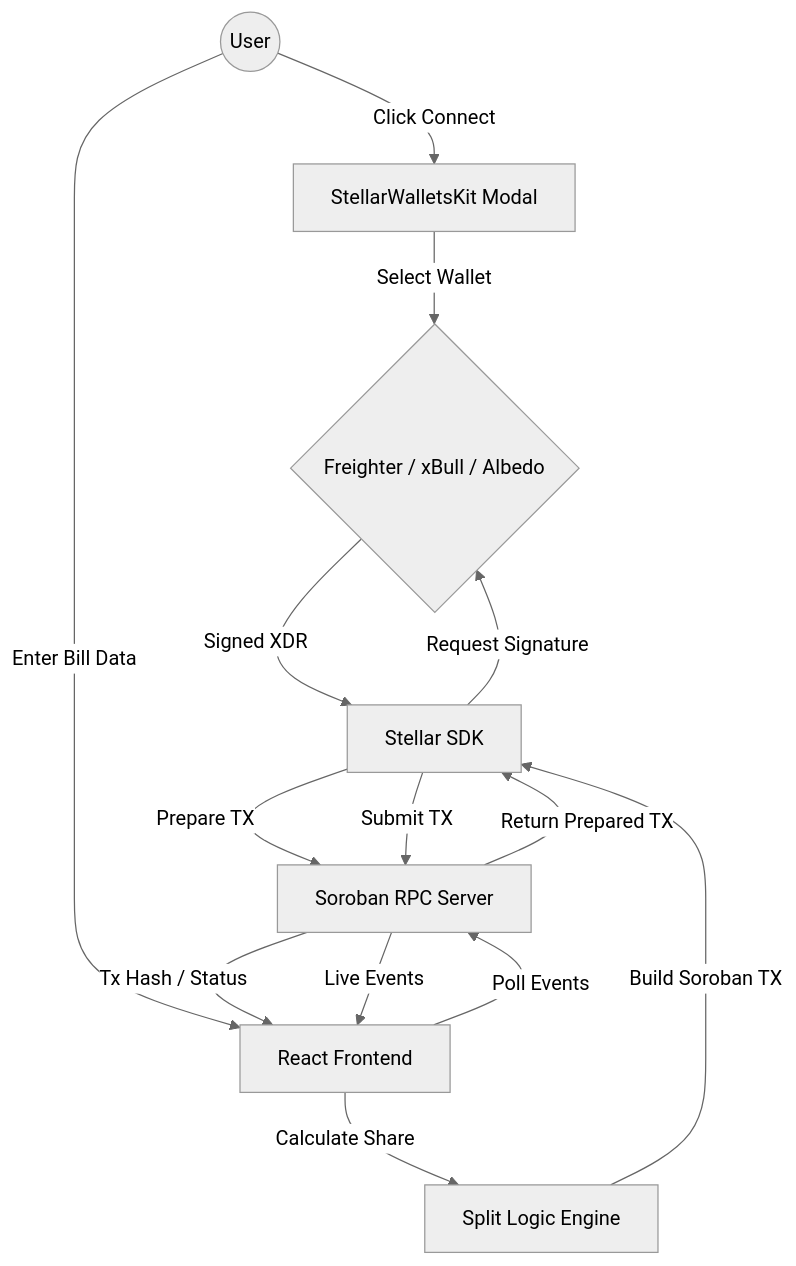
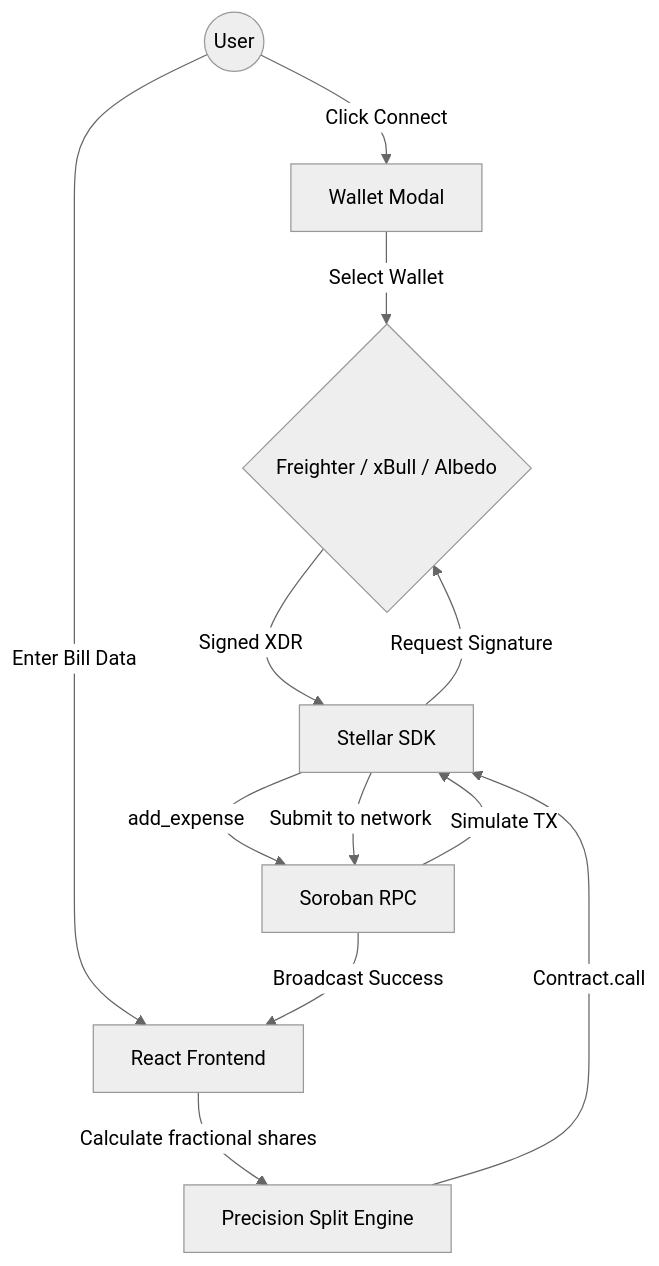
One commit to muftiarmaan6/split-pay changed the diagram in README.md. Above: the diagram before and after it, drawn with Mermaid (neutral theme). The commit also changed other lines of this file, not shown here.

Commit message:
docs: update README with architecture and flow diagrams

````diff
--- a/README.md
+++ b/README.md
@@ -199,16 +65,14 @@
 ```mermaid
 graph TD
-    User((User)) -->|Click Connect| SWK[StellarWalletsKit Modal]
+    User((User)) -->|Click Connect| SWK[Wallet Modal]
     SWK -->|Select Wallet| Wallet{Freighter / xBull / Albedo}
     User -->|Enter Bill Data| App[React Frontend]
-    App -->|Calculate Share| Logic[Split Logic Engine]
-    Logic -->|Build Soroban TX| SDK[Stellar SDK]
-    SDK -->|Prepare TX| Soroban[Soroban RPC Server]
-    Soroban -->|Return Prepared TX| SDK
+    App -->|Calculate fractional shares| Logic[Precision Split Engine]
+    Logic -->|Contract.call| SDK[Stellar SDK]
+    SDK -->|add_expense| Soroban[Soroban RPC]
+    Soroban -->|Simulate TX| SDK
     SDK -->|Request Signature| Wallet
     Wallet -->|Signed XDR| SDK
-    SDK -->|Submit TX| Soroban
-    Soroban -->|Tx Hash / Status| App
-    App -->|Poll Events| Soroban
-    Soroban -->|Live Events| App
+    SDK -->|Submit to network| Soroban
+    Soroban -->|Broadcast Success| App
 ```
````
